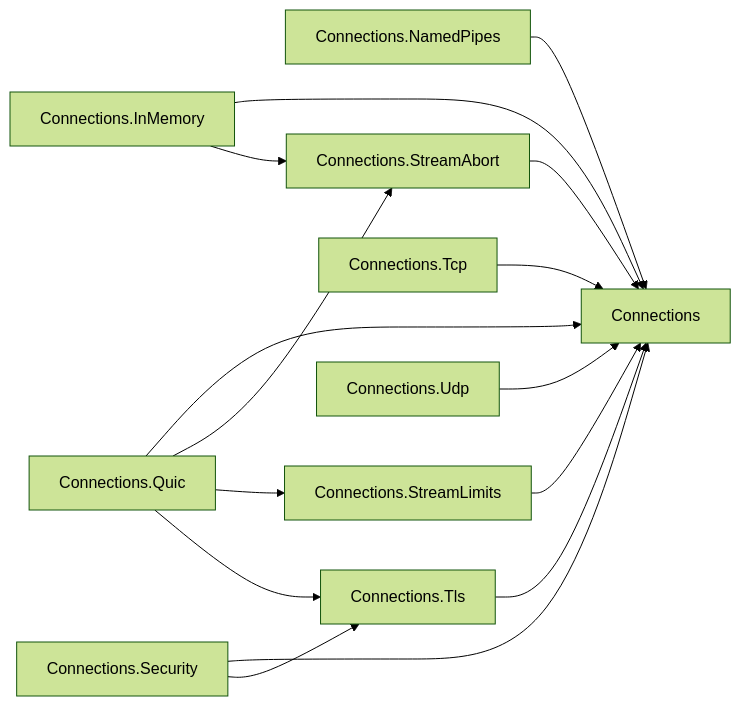
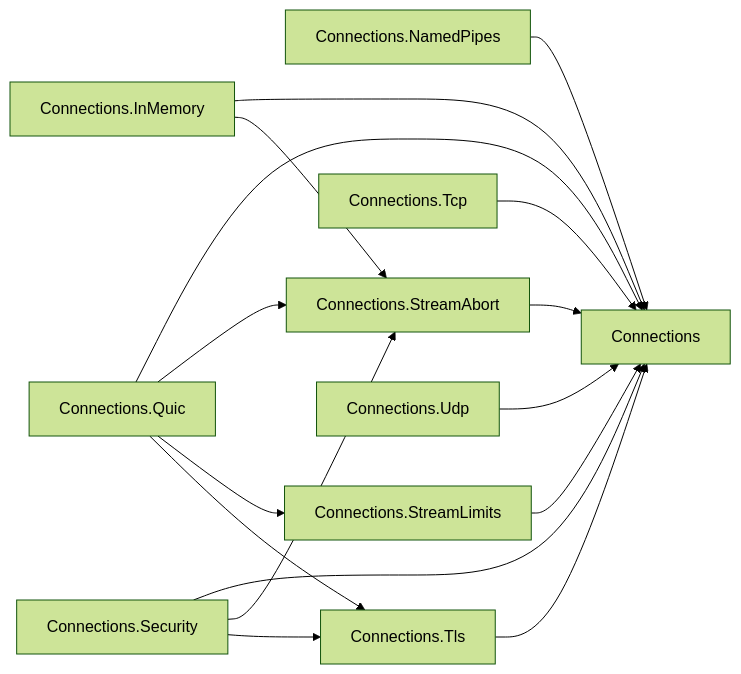
One commit to assimalign/cohesion changed the fifth of 29 diagrams in docs/DEPENDENCIES.md. Above: the diagram before and after it, drawn with Mermaid (forest theme). The commit also changed other lines of this file and 6 other files, not shown here.

````diff
--- a/docs/DEPENDENCIES.md
+++ b/docs/DEPENDENCIES.md
@@ -245,27 +245,28 @@
 ```mermaid
 flowchart LR
     N0["Connections"]
     N1["Connections.InMemory"]
     N2["Connections.NamedPipes"]
     N3["Connections.Quic"]
     N4["Connections.Security"]
     N5["Connections.StreamAbort"]
     N6["Connections.StreamLimits"]
     N7["Connections.Tcp"]
     N8["Connections.Tls"]
     N9["Connections.Udp"]
     N1 --> N0
     N1 --> N5
     N2 --> N0
     N3 --> N0
     N3 --> N5
     N3 --> N6
     N3 --> N8
     N4 --> N0
+    N4 --> N5
     N4 --> N8
     N5 --> N0
     N6 --> N0
     N7 --> N0
     N8 --> N0
     N9 --> N0
 ```
````
